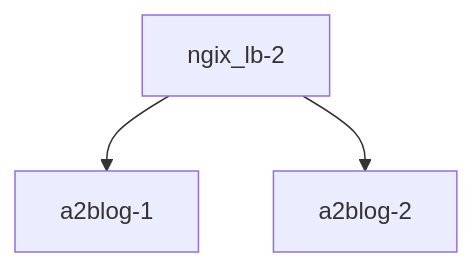
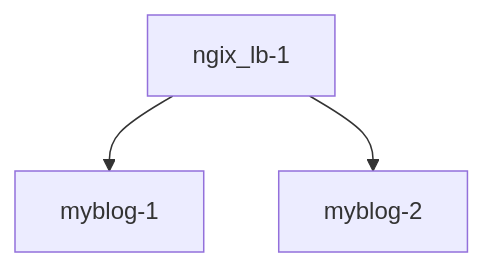
Before and after one commit to rudals2334/dcompose: the diagram in README.md, drawn with Mermaid. The commit also changed other lines of this file, not shown here.

````diff
--- a/README.md
+++ b/README.md
@@ -5,5 +6,5 @@
 ```mermaid
 graph TD;
-    ngix_lb-2-->a2blog-1;
-    ngix_lb-2-->a2blog-2;
+    ngix_lb-1-->myblog-1;
+    ngix_lb-1-->myblog-2;
 ```
````
